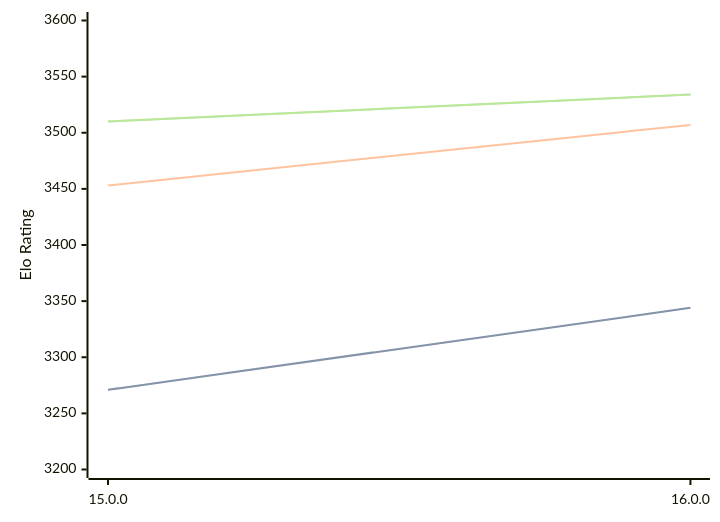
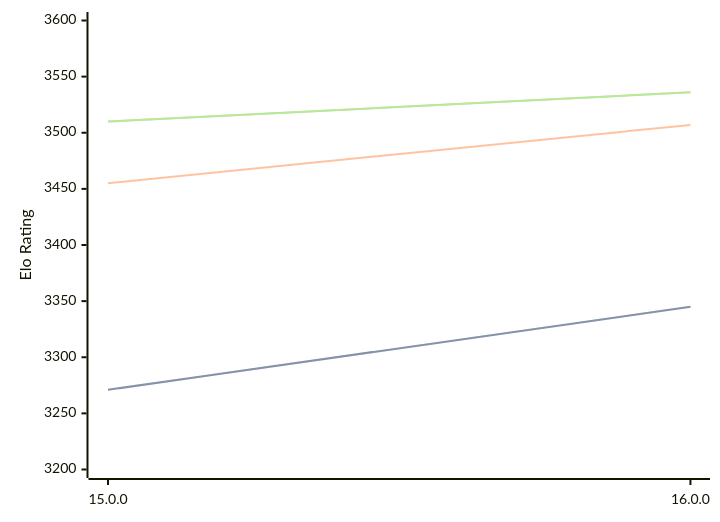
Before and after one commit to computer-chess-index/cci: the first of 3 diagrams in engines/Halogen.md, drawn with Mermaid. The commit also changed other lines of this file, not shown here.

Commit message:
Update CCI Ratings (ELO VLTC) - 2026-06-16

````diff
--- a/engines/Halogen.md
+++ b/engines/Halogen.md
@@ -50,11 +50,11 @@
 ```mermaid
 %%{init: {"theme":"base","themeVariables":{"seriesColors:['#a3a3a3','#222221','#faa371']}}}%%
 xychart-beta
   x-axis ["15.0.0", "16.0.0"]
   y-axis "Elo Rating" 3200 --> 3600
-  line "STC (8.0+0.08s)" [3271, 3344]
-  line "STC (8.0+0.08s)" [3271, 3344]
-  line "LTC (60.0+0.60s)" [3453, 3507]
-  line "VLTC (2m24s+1.12s)" [3510, 3534]
-  line "VLTC (2m24s+1.12s)" [3510, 3534]
+  line "STC (8.0+0.08s)" [3271, 3345]
+  line "STC (8.0+0.08s)" [3271, 3345]
+  line "LTC (60.0+0.60s)" [3455, 3507]
+  line "VLTC (2m24s+1.12s)" [3510, 3536]
+  line "VLTC (2m24s+1.12s)" [3510, 3536]
 ```
````
